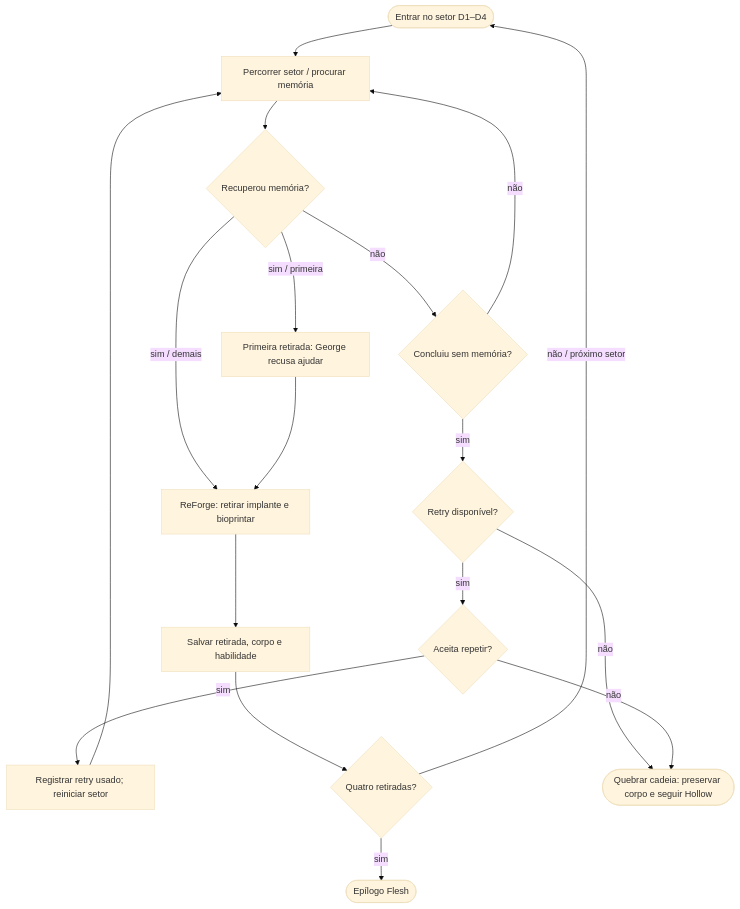
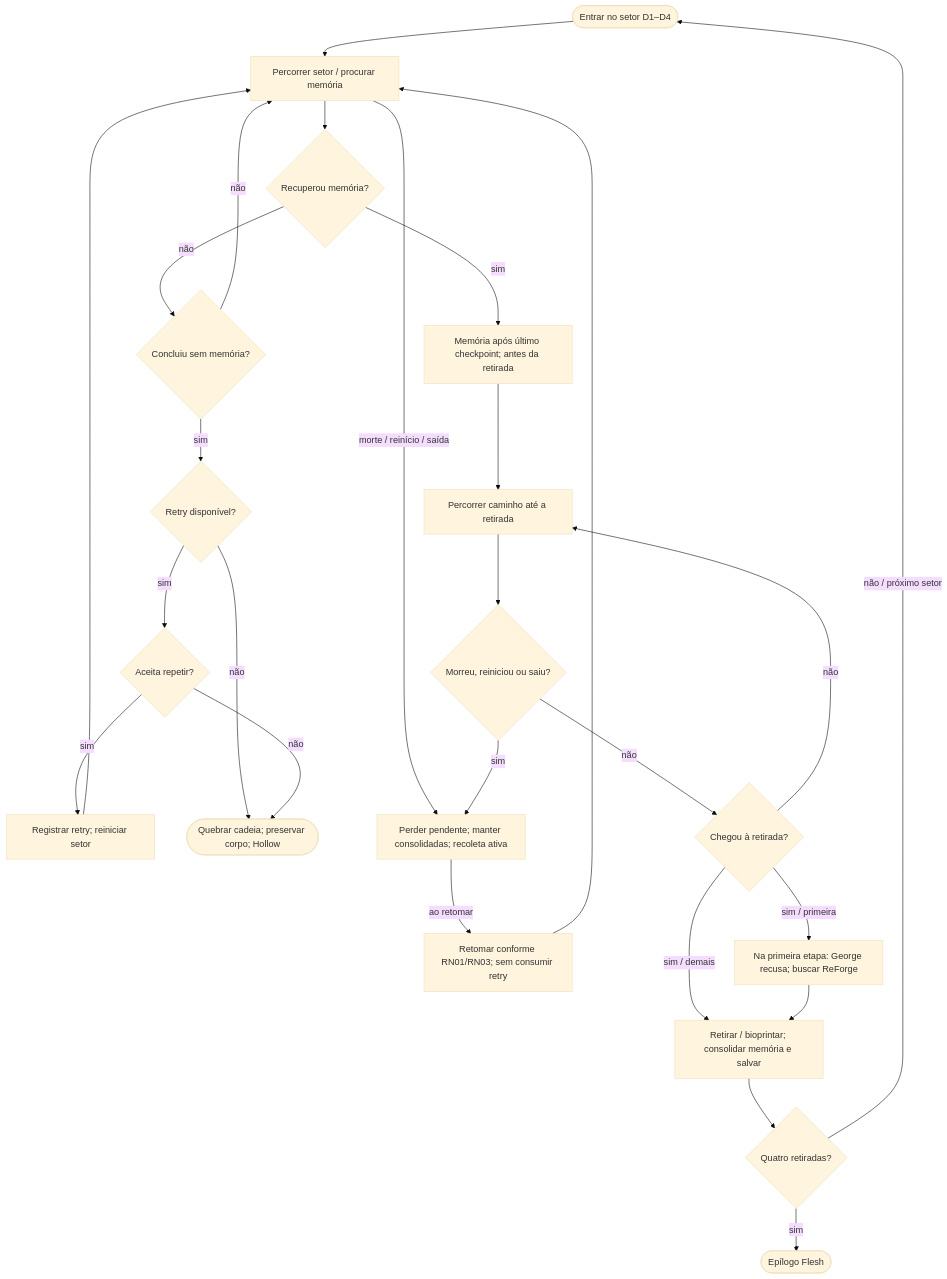
Before and after one commit to ViViJp/jogo-projeto-topicos-especiais: the fifth of 10 diagrams in isn/docs/sprint1/06-fluxogramas.md, drawn with Mermaid (base theme). The commit also changed other lines of this file and 34 other files, not shown here.

````diff
--- a/isn/docs/sprint1/06-fluxogramas.md
+++ b/isn/docs/sprint1/06-fluxogramas.md
@@ -209,33 +149,46 @@
 ```mermaid
 flowchart TD
   start(["Entrar no setor D1–D4"])
   play["Percorrer setor / procurar memória"]
   found{"Recuperou memória?"}
   endstage{"Concluiu sem memória?"}
   first{"Retry disponível?"}
   accept{"Aceita repetir?"}
-  retry["Registrar retry usado; reiniciar setor"]
-  george["Primeira retirada: George recusa ajudar"]
-  reforge["ReForge: retirar implante e bioprintar"]
-  persist["Salvar retirada, corpo e habilidade"]
+  retry["Registrar retry; reiniciar setor"]
+  hollow(["Quebrar cadeia; preservar corpo; Hollow"])
+  pending["Memória após último checkpoint; antes da retirada"]
+  travel["Percorrer caminho até a retirada"]
+  lost{"Morreu, reiniciou ou saiu?"}
+  clear["Perder pendente; manter consolidadas; recoleta ativa"]
+  resume["Retomar conforme RN01/RN03; sem consumir retry"]
+  arrived{"Chegou à retirada?"}
+  george["Na primeira etapa: George recusa; buscar ReForge"]
+  reforge["Retirar / bioprintar; consolidar memória e salvar"]
   last{"Quatro retiradas?"}
   flesh(["Epílogo Flesh"])
-  hollow(["Quebrar cadeia: preservar corpo e seguir Hollow"])
   start --> play
   play --> found
+  play -->|"morte / reinício / saída"| clear
   found -->|"não"| endstage
   endstage -->|"não"| play
   endstage -->|"sim"| first
   first -->|"sim"| accept
   first -->|"não"| hollow
   accept -->|"sim"| retry
   accept -->|"não"| hollow
   retry --> play
-  found -->|"sim / primeira"| george
-  found -->|"sim / demais"| reforge
+  found -->|"sim"| pending
+  pending --> travel
+  travel --> lost
+  lost -->|"sim"| clear
+  clear -->|"ao retomar"| resume
+  resume --> play
+  lost -->|"não"| arrived
+  arrived -->|"não"| travel
+  arrived -->|"sim / primeira"| george
+  arrived -->|"sim / demais"| reforge
   george --> reforge
-  reforge --> persist
-  persist --> last
+  reforge --> last
   last -->|"sim"| flesh
   last -->|"não / próximo setor"| start
 ```
````
